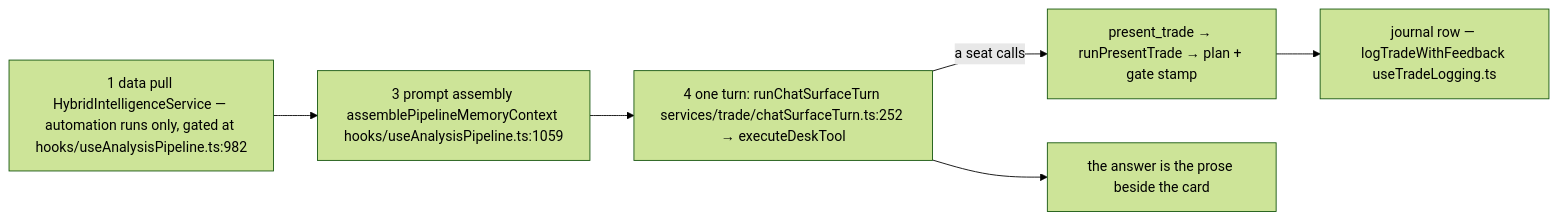
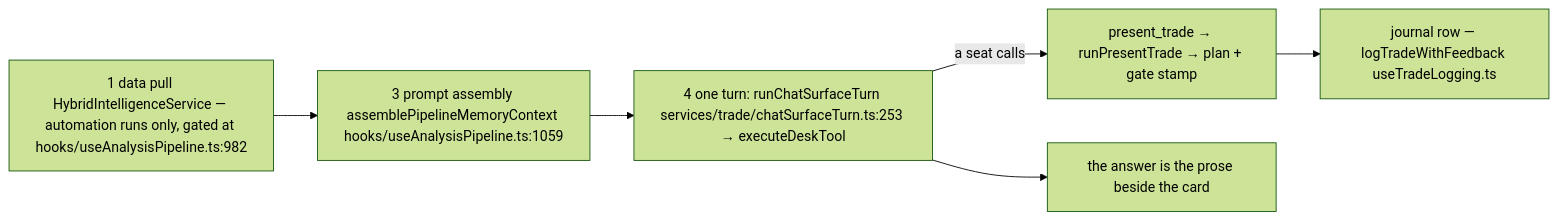
One commit to Acepay25/august-3.5 changed the third of 8 diagrams in docs/app-flow.md. Above: the diagram before and after it, drawn with Mermaid (forest theme). The commit also changed other lines of this file and 26 other files, not shown here.

````diff
--- a/docs/app-flow.md
+++ b/docs/app-flow.md
@@ -173,8 +218,8 @@
 ```mermaid
 flowchart LR
     S1["1 data pull HybridIntelligenceService — automation runs only, gated at hooks/useAnalysisPipeline.ts:982"] --> S3["3 prompt assembly assemblePipelineMemoryContext hooks/useAnalysisPipeline.ts:1059"]
-    S3 --> S4["4 one turn: runChatSurfaceTurn services/trade/chatSurfaceTurn.ts:252 → executeDeskTool"]
+    S3 --> S4["4 one turn: runChatSurfaceTurn services/trade/chatSurfaceTurn.ts:253 → executeDeskTool"]
     S4 -->|a seat calls| PT["present_trade → runPresentTrade → plan + gate stamp"]
     PT --> JR["journal row — logTradeWithFeedback useTradeLogging.ts"]
     S4 --> ANS["the answer is the prose beside the card"]
 ```
````
